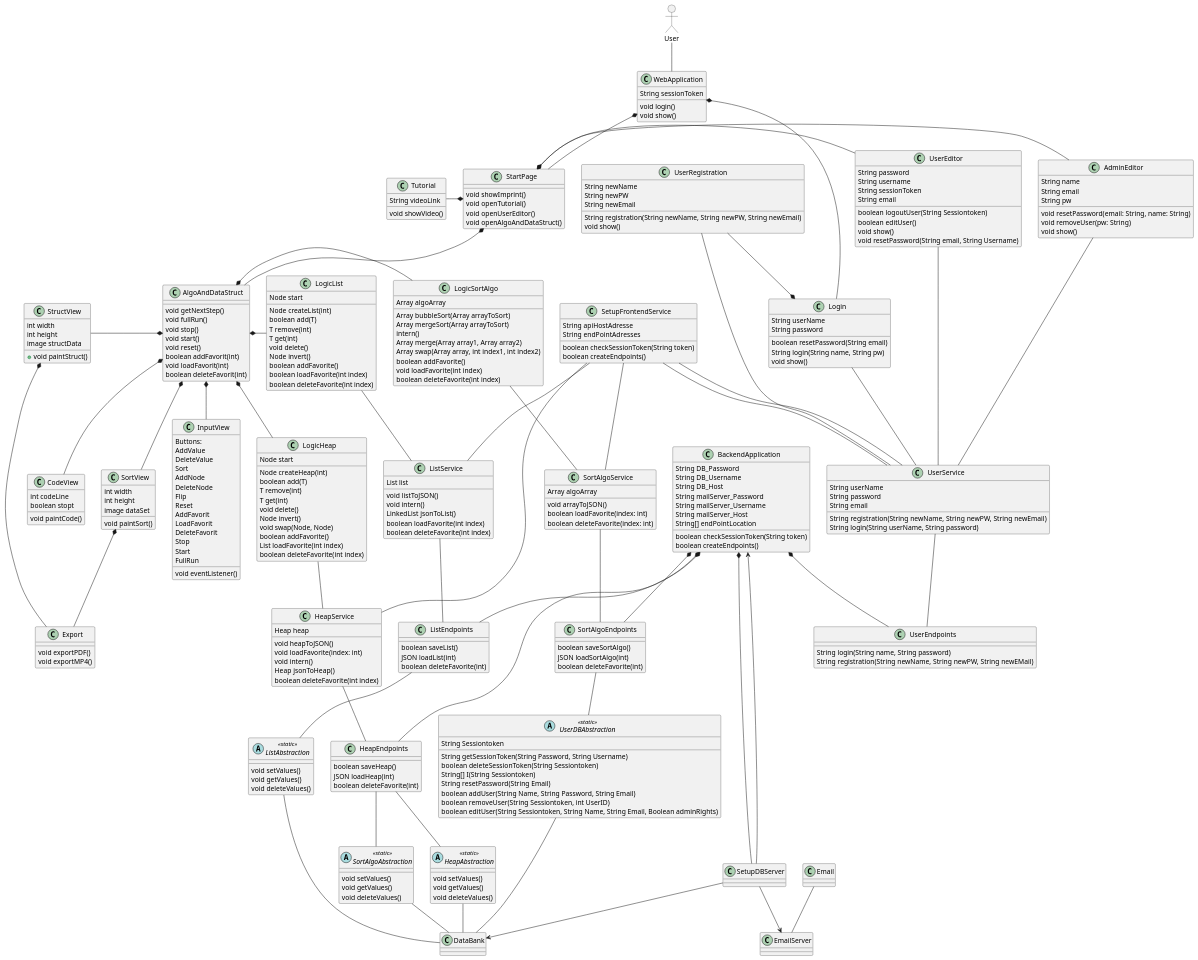
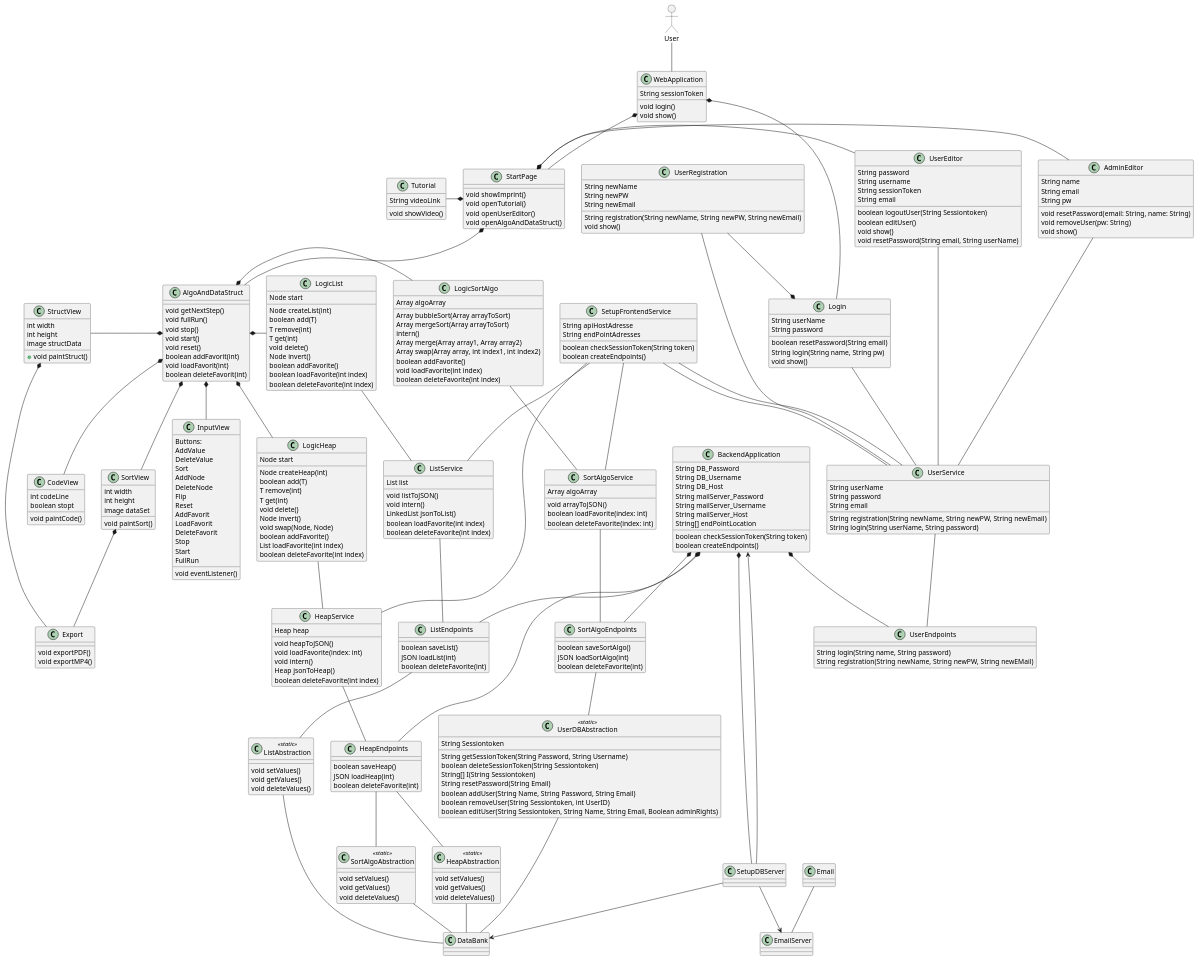
Before and after one commit to schmidti2002/Softwarepraktikum: the diagram in Meilensteine/Meilenstein_03/.templates/UMLKlassendiagramm.puml, drawn with PlantUML. The commit also changed 1 other file, not shown here.

Commit message:
Klassendiagramm - edit add static

```diff
--- a/Meilensteine/Meilenstein_03/.templates/UMLKlassendiagramm.puml
+++ b/Meilensteine/Meilenstein_03/.templates/UMLKlassendiagramm.puml
@@ -55,7 +55,7 @@
   boolean logoutUser(String Sessiontoken)
   boolean editUser()
   void show()
-  void resetPassword(String email, String Username)
+  void resetPassword(String email, String userName)
 }
 
 class Tutorial {
@@ -253,7 +253,7 @@
   boolean deleteFavorite(int)
 }
 
-abstract class UserDBAbstraction <<static>> {
+class UserDBAbstraction <<static>> {
   String Sessiontoken
 
   String getSessionToken(String Password, String Username)
@@ -265,7 +265,7 @@
   boolean editUser(String Sessiontoken, String Name, String Email, Boolean adminRights)
 }
 
-abstract class SortAlgoAbstraction <<static>> {
+class SortAlgoAbstraction <<static>> {
 
   void setValues()
   void getValues()
@@ -273,14 +273,14 @@
 }
 
 
-abstract class HeapAbstraction <<static>> {
+class HeapAbstraction <<static>> {
 
   void setValues()
   void getValues()
   void deleteValues()
 }
 
-abstract class ListAbstraction <<static>> {
+class ListAbstraction <<static>> {
 
   void setValues()
   void getValues()
```
